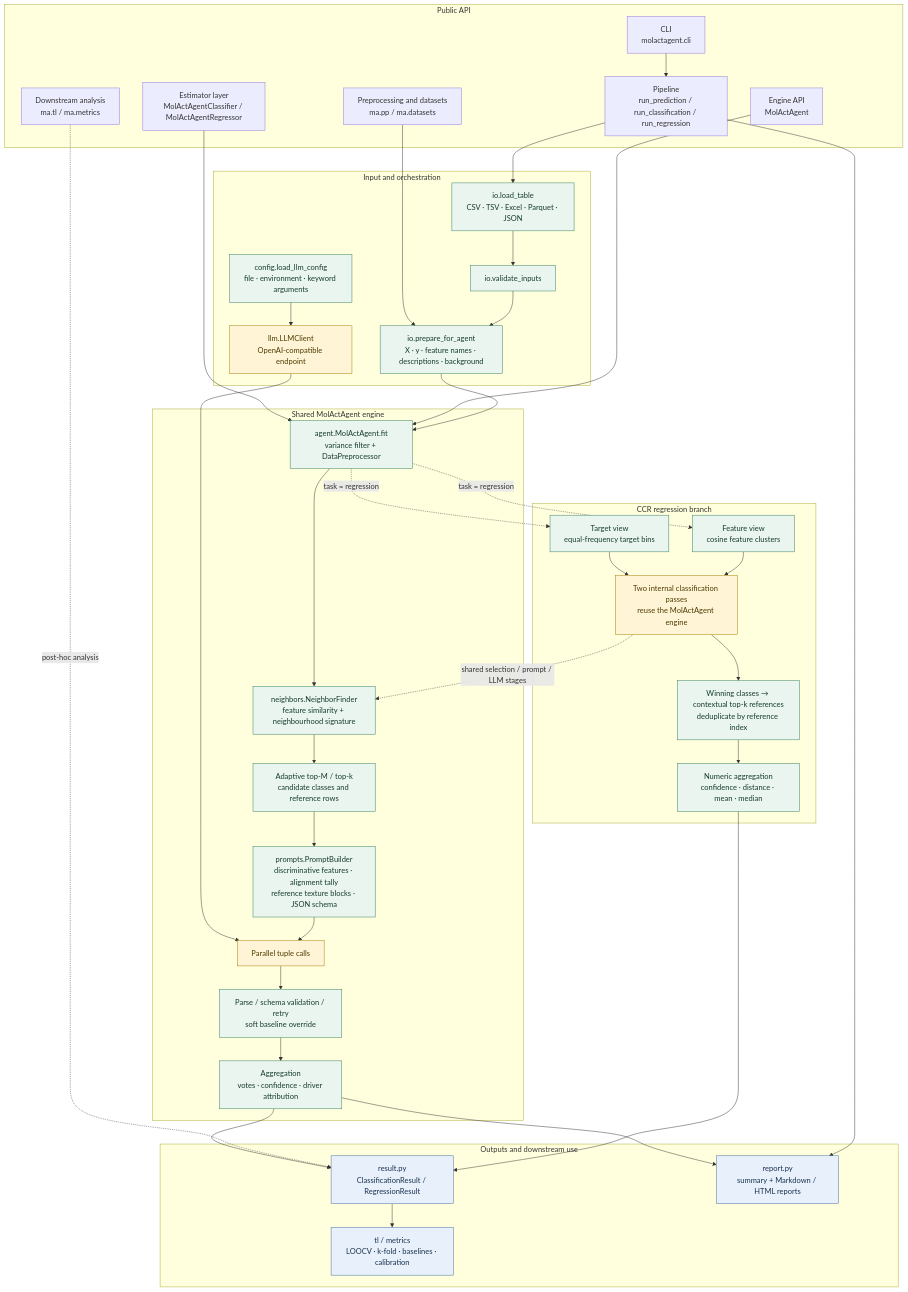
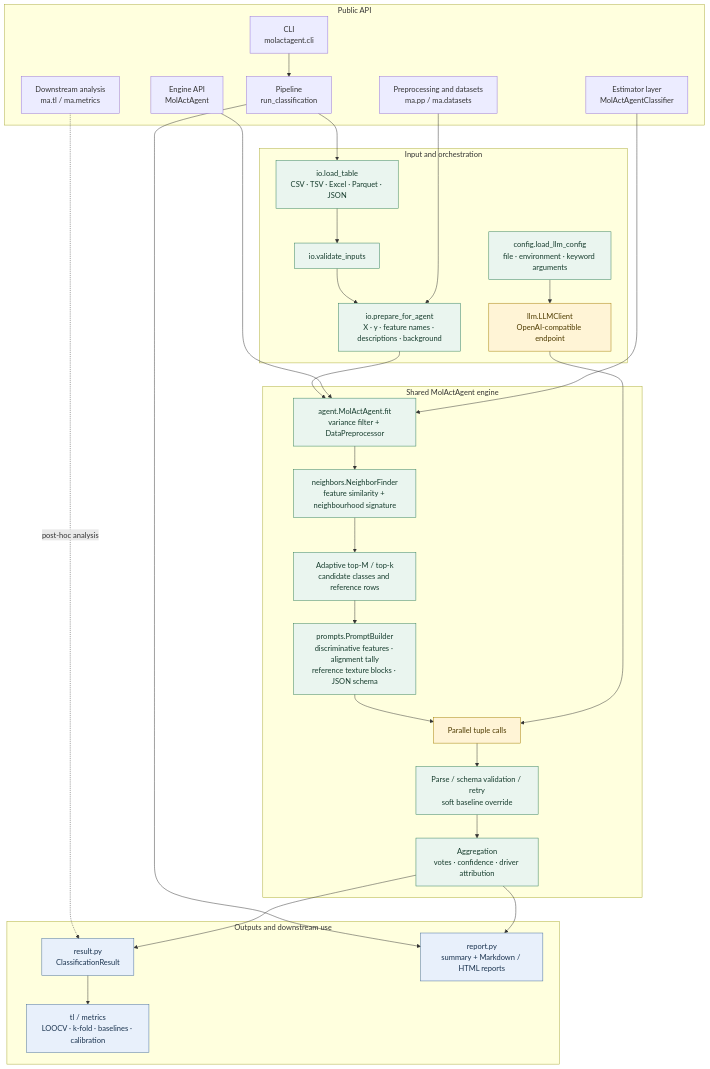
Before and after one commit to studentiz/MolActAgent: the diagram in README.md, drawn with Mermaid. The commit also changed other lines of this file and 16 other files, not shown here.

Commit message:
Clarify experimental regression status and focus README on classification

````diff
--- a/README.md
+++ b/README.md
@@ -38,8 +37,8 @@
 flowchart TB
     subgraph public["Public API"]
         cli["CLI<br/>molactagent.cli"]
-        pipeline["Pipeline<br/>run_prediction / run_classification / run_regression"]
-        estimators["Estimator layer<br/>MolActAgentClassifier / MolActAgentRegressor"]
+        pipeline["Pipeline<br/>run_classification"]
+        estimators["Estimator layer<br/>MolActAgentClassifier"]
         engine_api["Engine API<br/>MolActAgent"]
         pp["Preprocessing and datasets<br/>ma.pp / ma.datasets"]
         tools["Downstream analysis<br/>ma.tl / ma.metrics"]
@@ -63,16 +62,8 @@
         aggregate["Aggregation<br/>votes · confidence · driver attribution"]
     end
 
-    subgraph ccr["CCR regression branch"]
-        target["Target view<br/>equal-frequency target bins"]
-        feature["Feature view<br/>cosine feature clusters"]
-        phases["Two internal classification passes<br/>reuse the MolActAgent engine"]
-        references["Winning classes → contextual top-k references<br/>deduplicate by reference index"]
-        numeric["Numeric aggregation<br/>confidence · distance · mean · median"]
-    end
-
     subgraph outputs["Outputs and downstream use"]
-        results["result.py<br/>ClassificationResult / RegressionResult"]
+        results["result.py<br/>ClassificationResult"]
         reports["report.py<br/>summary + Markdown / HTML reports"]
         analysis["tl / metrics<br/>LOOCV · k-fold · baselines · calibration"]
     end
@@ -103,20 +94,11 @@
     results --> analysis
     tools -. post-hoc analysis .-> results
 
-    fit -. task = regression .-> target
-    fit -. task = regression .-> feature
-    target --> phases
-    feature --> phases
-    phases -. shared selection / prompt / LLM stages .-> neighbors
-    phases --> references
-    references --> numeric
-    numeric --> results
-
     classDef deterministic fill:#eaf5ef,stroke:#2f7d5a,color:#163c2d;
     classDef llm fill:#fff4d6,stroke:#a37b00,color:#4e3b00;
     classDef output fill:#e8f0fb,stroke:#426a9b,color:#19324e;
 
-    class load,validate,prepare,config,fit,neighbors,candidates,prompts,checks,aggregate,target,feature,references,numeric deterministic;
-    class client,calls,phases llm;
+    class load,validate,prepare,config,fit,neighbors,candidates,prompts,checks,aggregate deterministic;
+    class client,calls llm;
     class results,reports,analysis output;
 ```
````
